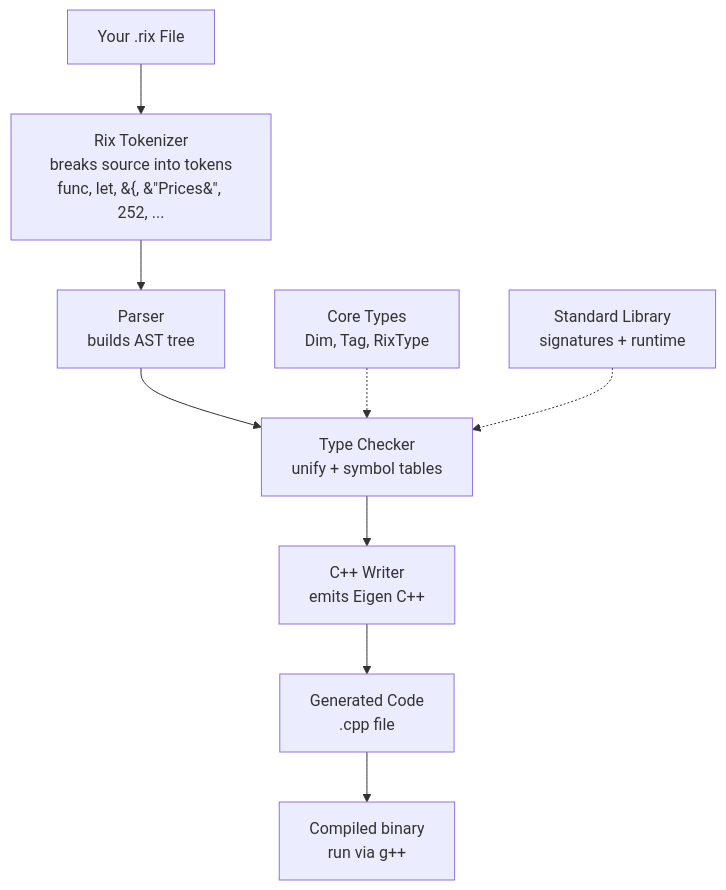
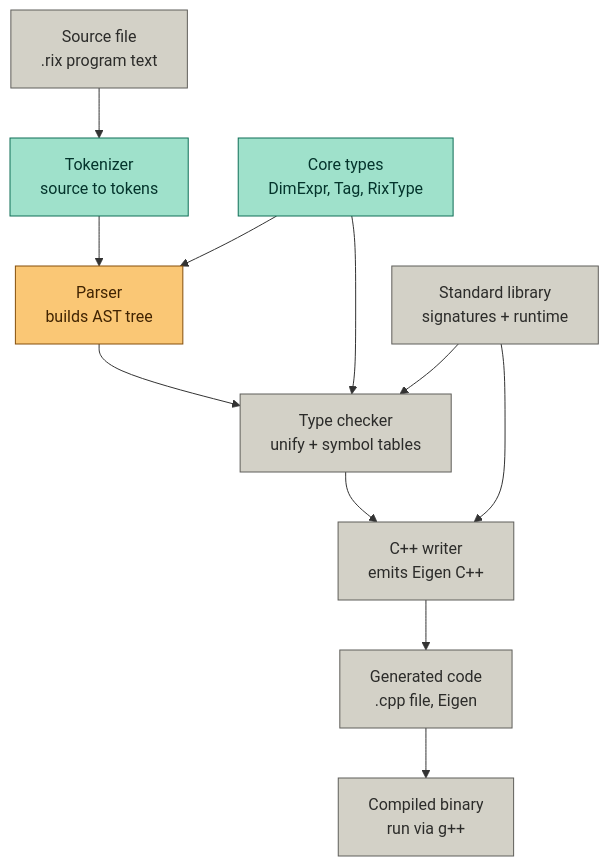
The diagram in README.md (yiclzh/Rix-Compiler), drawn with Mermaid before and after one commit. The commit also changed other lines of this file, not shown here.

````diff
--- a/README.md
+++ b/README.md
@@ -27,15 +26,22 @@
 ```mermaid
 flowchart TD
-%% Main Compiler Pipeline
-Input["Your .rix File"] --> Tokenizer
-Tokenizer["Rix Tokenizer<br/>breaks source into tokens<br/>func, let, &#123;, &#34;Prices&#34;, 252, ..."] --> Parser
-Parser["Parser<br/>builds AST tree"] --> TypeCheck
-TypeCheck["Type Checker<br/>unify + symbol tables"] --> CPPWrite
-CPPWrite["C++ Writer<br/>emits Eigen C++"] --> GenCode
-GenCode["Generated Code<br/>.cpp file"] --> Binary
-Binary["Compiled binary<br/>run via g++"]
+    A[Source file<br/>.rix program text] --> B[Tokenizer<br/>source to tokens]
+    B --> C[Parser<br/>builds AST tree]
+    C --> D[Type checker<br/>unify + symbol tables]
+    D --> E[C++ writer<br/>emits Eigen C++]
+    E --> F[Generated code<br/>.cpp file, Eigen]
+    F --> G[Compiled binary<br/>run via g++]
 
-%% Side Inputs
-CoreTypes["Core Types<br/>Dim, Tag, RixType"] -.-> TypeCheck
-StdLibrary["Standard Library<br/>signatures + runtime"] -.-> TypeCheck
+    H[Core types<br/>DimExpr, Tag, RixType] --> C
+    H --> D
+    I[Standard library<br/>signatures + runtime] --> D
+    I --> E
+
+    classDef done fill:#9FE1CB,stroke:#0F6E56,color:#04342C;
+    classDef next fill:#FAC775,stroke:#854F0B,color:#412402;
+    classDef todo fill:#D3D1C7,stroke:#5F5E5A,color:#2C2C2A;
+
+    class B,H done
+    class C next
+    class A,D,E,F,G,I todo
 ```
````
